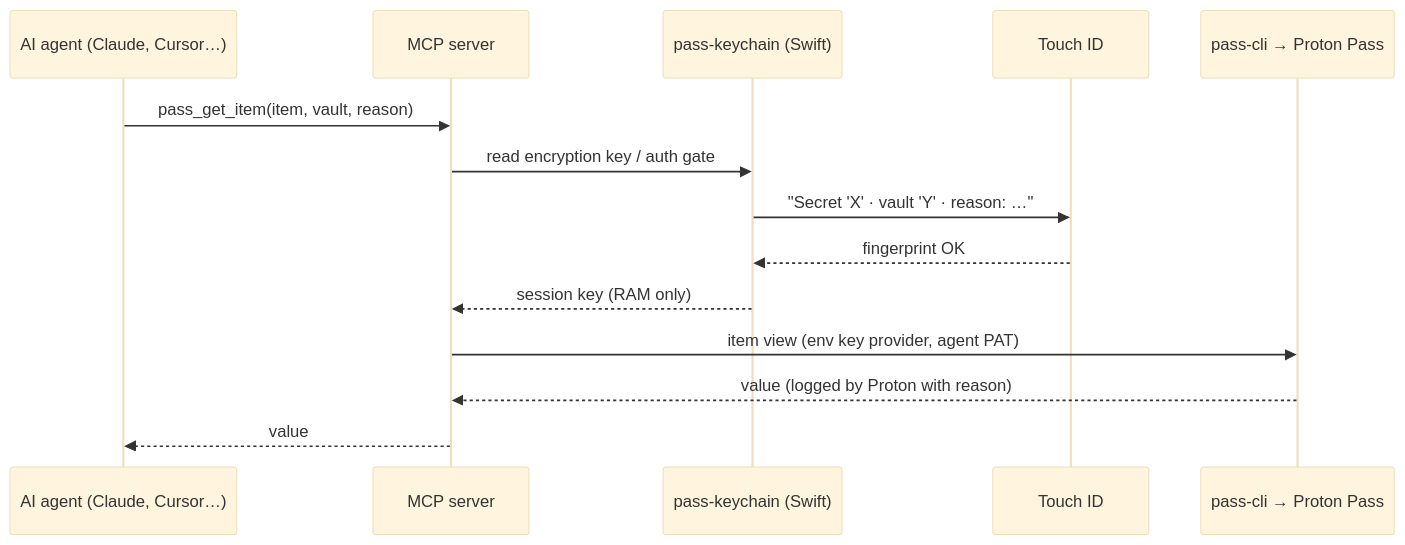
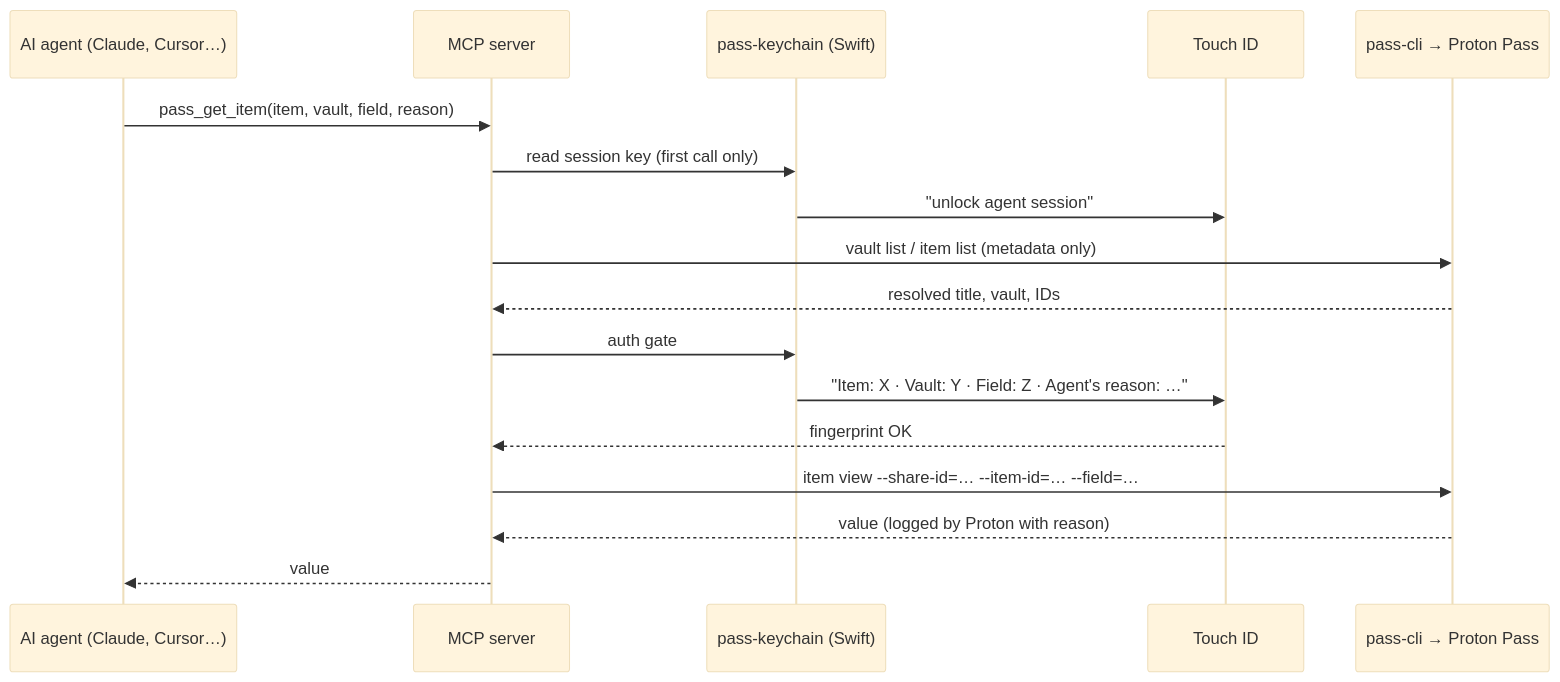
The diagram in README.md (seliem-attia/proton-pass-touchid-mcp), drawn with Mermaid (base theme) before and after one commit. The commit also changed other lines of this file and 12 other files, not shown here.

````diff
--- a/README.md
+++ b/README.md
@@ -56,16 +57,19 @@
 ```mermaid
 sequenceDiagram
     participant A as AI agent (Claude, Cursor…)
     participant M as MCP server
     participant K as pass-keychain (Swift)
     participant T as Touch ID
     participant P as pass-cli → Proton Pass
-    A->>M: pass_get_item(item, vault, reason)
-    M->>K: read encryption key / auth gate
-    K->>T: "Secret 'X' · vault 'Y' · reason: …"
-    T-->>K: fingerprint OK
-    K-->>M: session key (RAM only)
-    M->>P: item view (env key provider, agent PAT)
+    A->>M: pass_get_item(item, vault, field, reason)
+    M->>K: read session key (first call only)
+    K->>T: "unlock agent session"
+    M->>P: vault list / item list (metadata only)
+    P-->>M: resolved title, vault, IDs
+    M->>K: auth gate
+    K->>T: "Item: X · Vault: Y · Field: Z · Agent's reason: …"
+    T-->>M: fingerprint OK
+    M->>P: item view --share-id=… --item-id=… --field=…
     P-->>M: value (logged by Proton with reason)
     M-->>A: value
 ```
````
